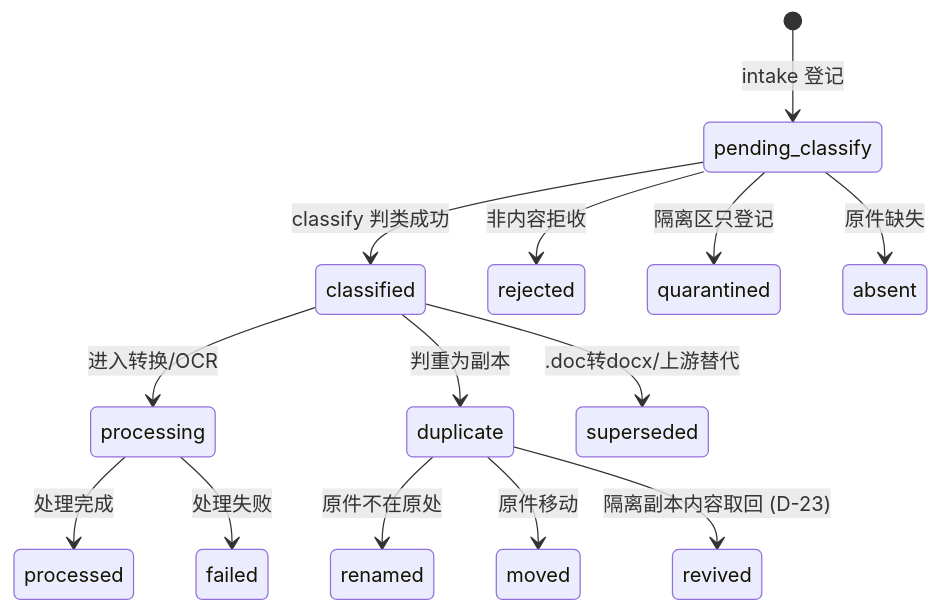
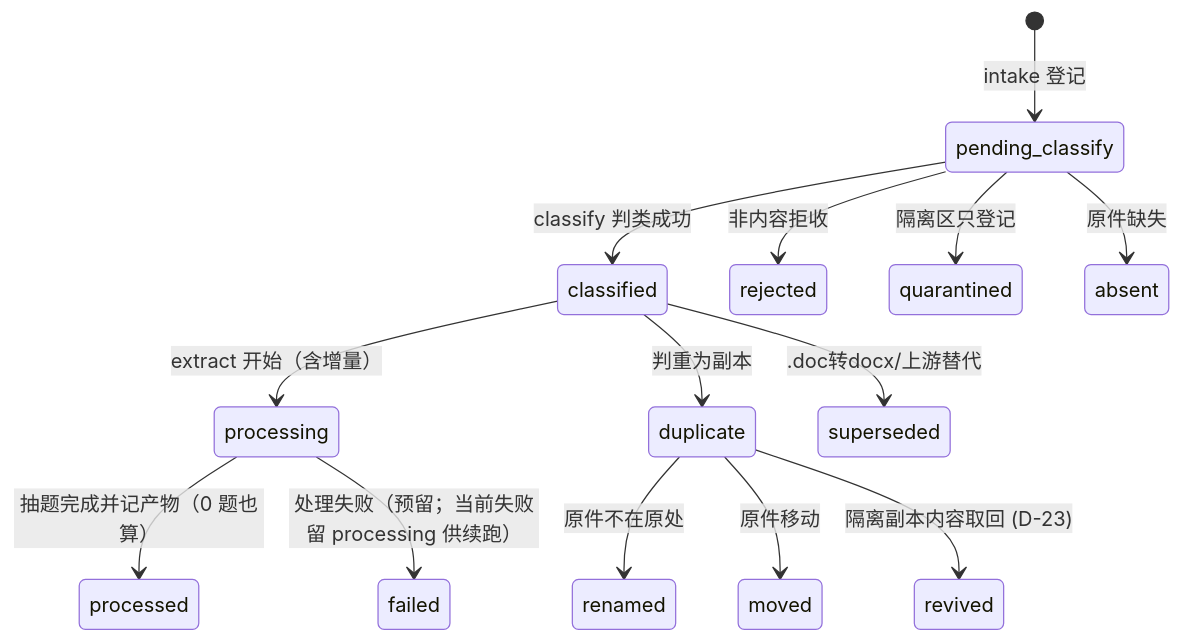
The tenth of 10 diagrams in docs/19-功能流程图.md (libai4hao/mianjing-kb), drawn with Mermaid before and after one commit. The commit also changed other lines of this file and 25 other files, not shown here.

First line of the commit message:
feat(Q-2/Q-3): 见证数按 collection + 增量接入（document_products + processing/processed）

````diff
--- a/docs/19-功能流程图.md
+++ b/docs/19-功能流程图.md
@@ -241,16 +242,16 @@
 ```mermaid
 stateDiagram-v2
     [*] --> pending_classify: intake 登记
     pending_classify --> classified: classify 判类成功
     pending_classify --> rejected: 非内容拒收
     pending_classify --> quarantined: 隔离区只登记
-    classified --> processing: 进入转换/OCR
-    processing --> processed: 处理完成
+    classified --> processing: extract 开始（含增量）
+    processing --> processed: 抽题完成并记产物（0 题也算）
     classified --> duplicate: 判重为副本
     duplicate --> renamed: 原件不在原处
     duplicate --> moved: 原件移动
     duplicate --> revived: 隔离副本内容取回 (D-23)
     classified --> superseded: .doc转docx/上游替代
-    processing --> failed: 处理失败
+    processing --> failed: 处理失败（预留；当前失败留 processing 供续跑）
     pending_classify --> absent: 原件缺失
 ```
````
